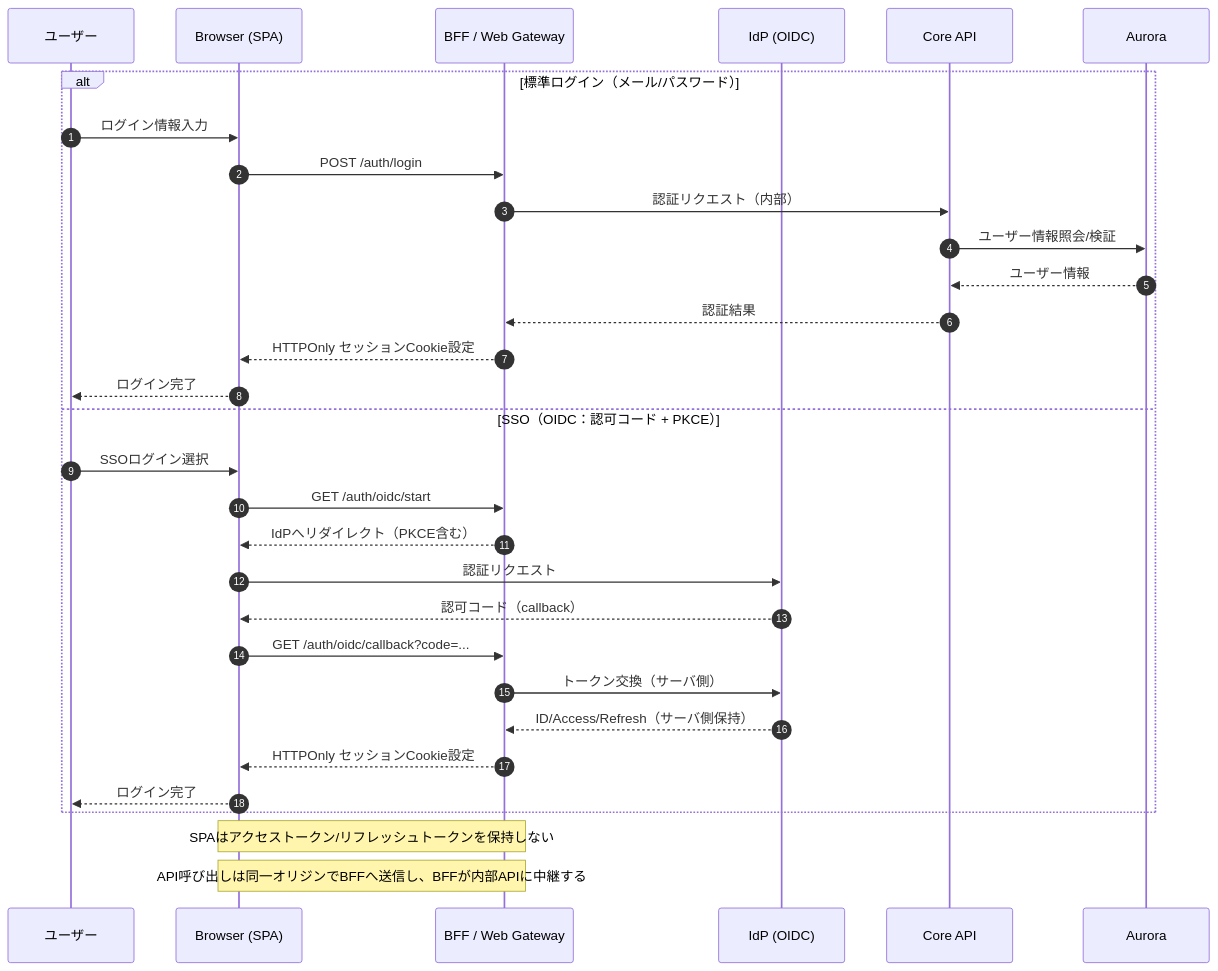
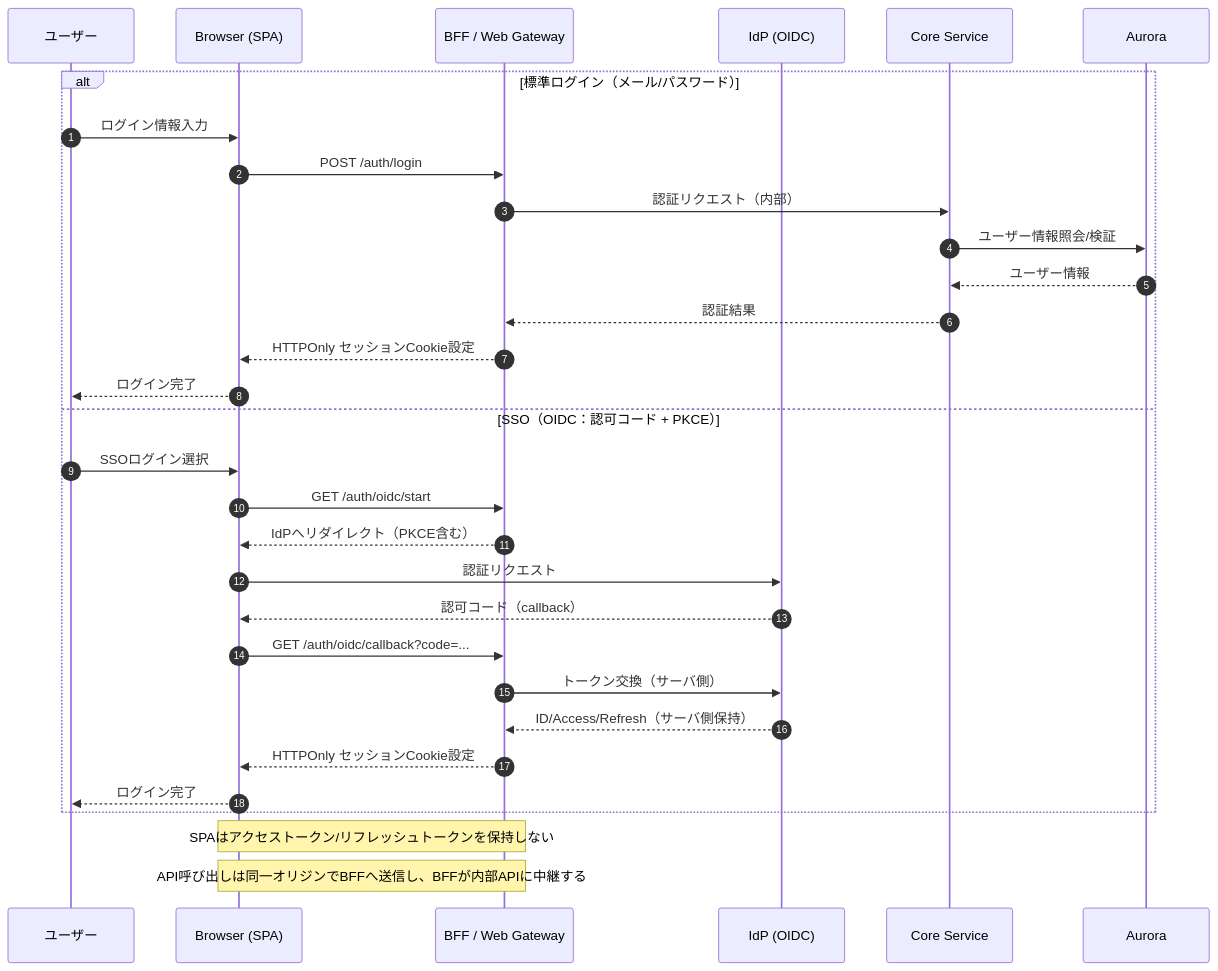
Before and after one commit to ka2kama/ringiflow: the first of 5 diagrams in docs/01_要件定義書/01_コア要件.md, drawn with Mermaid. The commit also changed 55 other files, not shown here.

````diff
--- a/docs/01_要件定義書/01_コア要件.md
+++ b/docs/01_要件定義書/01_コア要件.md
@@ -144,35 +144,35 @@
 ```mermaid
 sequenceDiagram
     autonumber
     participant User as ユーザー
     participant SPA as Browser (SPA)
     participant BFF as BFF / Web Gateway
     participant IdP as IdP (OIDC)
-    participant Core as Core API
+    participant Core as Core Service
     participant DB as Aurora
 
     alt 標準ログイン（メール/パスワード）
         User->>SPA: ログイン情報入力
         SPA->>BFF: POST /auth/login
         BFF->>Core: 認証リクエスト（内部）
         Core->>DB: ユーザー情報照会/検証
         DB-->>Core: ユーザー情報
         Core-->>BFF: 認証結果
         BFF-->>SPA: HTTPOnly セッションCookie設定
         SPA-->>User: ログイン完了
     else SSO（OIDC：認可コード + PKCE）
         User->>SPA: SSOログイン選択
         SPA->>BFF: GET /auth/oidc/start
         BFF-->>SPA: IdPへリダイレクト（PKCE含む）
         SPA->>IdP: 認証リクエスト
         IdP-->>SPA: 認可コード（callback）
         SPA->>BFF: GET /auth/oidc/callback?code=...
         BFF->>IdP: トークン交換（サーバ側）
         IdP-->>BFF: ID/Access/Refresh（サーバ側保持）
         BFF-->>SPA: HTTPOnly セッションCookie設定
         SPA-->>User: ログイン完了
     end
 
     Note over SPA,BFF: SPAはアクセストークン/リフレッシュトークンを保持しない
     Note over SPA,BFF: API呼び出しは同一オリジンでBFFへ送信し、BFFが内部APIに中継する
 ```
````
